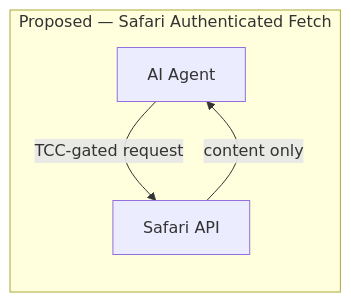
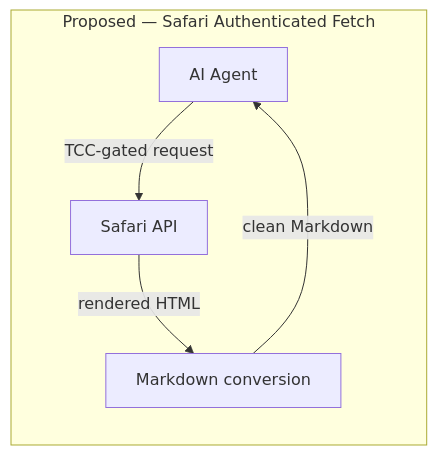
One commit to PhenomML/cc-tools changed the third of 3 diagrams in articles/apple-credentialed-fetch-brief.md. Above: the diagram before and after it, drawn with Mermaid. The commit also changed other lines of this file, not shown here.

First line of the commit message:
Add public-web workflow context and Markdown output to Apple brief

````diff
--- a/articles/apple-credentialed-fetch-brief.md
+++ b/articles/apple-credentialed-fetch-brief.md
@@ -42,7 +60,8 @@
 ```mermaid
 flowchart LR
     subgraph proposed["Proposed — Safari Authenticated Fetch"]
         A2[AI Agent] -->|TCC-gated request| B2[Safari API]
-        B2 -->|content only| A2
+        B2 -->|rendered HTML| C2[Markdown conversion]
+        C2 -->|clean Markdown| A2
     end
 ```
````
